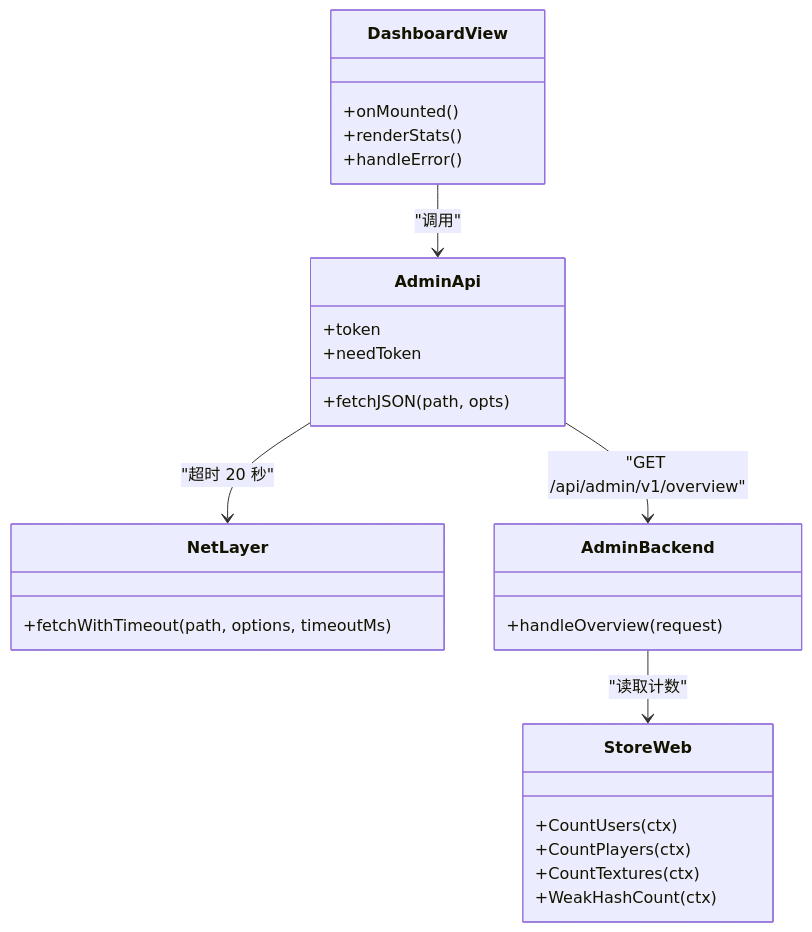
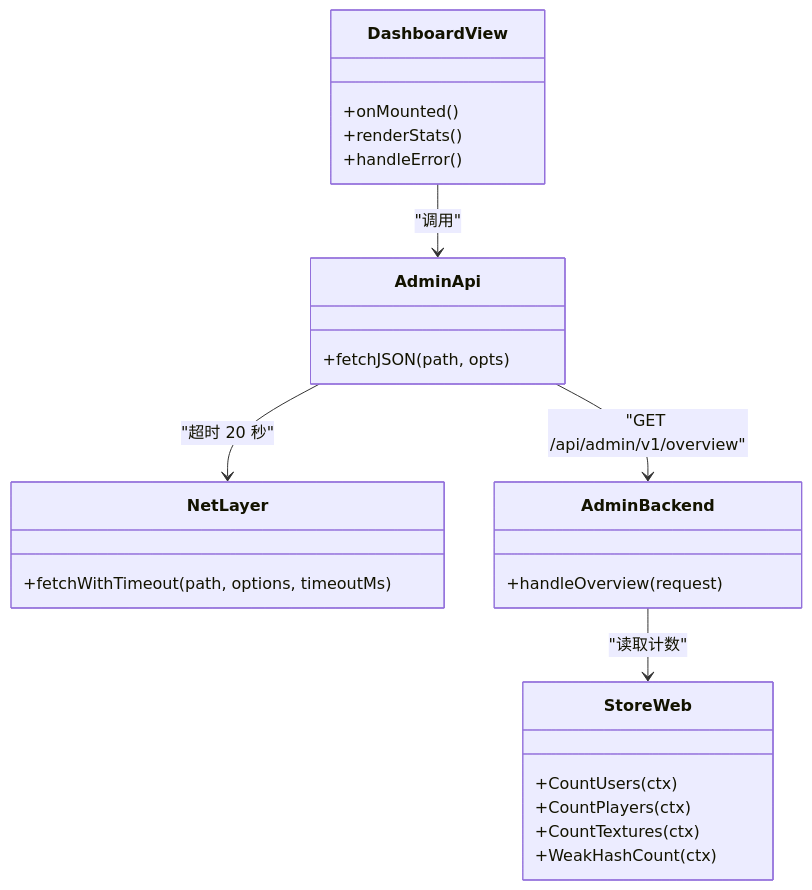
The fourth of 4 diagrams in docs/handbook/仪表盘.md (YimingZhanshen/skin-nexus), drawn with Mermaid before and after one commit. The commit also changed other lines of this file and 24 other files, not shown here.

````diff
--- a/docs/handbook/仪表盘.md
+++ b/docs/handbook/仪表盘.md
@@ -261,34 +263,32 @@
 ```mermaid
 classDiagram
     class DashboardView {
         +onMounted()
         +renderStats()
         +handleError()
     }
 
     class AdminApi {
         +fetchJSON(path, opts)
-        +token
-        +needToken
     }
 
     class NetLayer {
         +fetchWithTimeout(path, options, timeoutMs)
     }
 
     class AdminBackend {
         +handleOverview(request)
     }
 
     class StoreWeb {
         +CountUsers(ctx)
         +CountPlayers(ctx)
         +CountTextures(ctx)
         +WeakHashCount(ctx)
     }
 
     DashboardView --> AdminApi : "调用"
     AdminApi --> NetLayer : "超时 20 秒"
     AdminApi --> AdminBackend : "GET /api/admin/v1/overview"
     AdminBackend --> StoreWeb : "读取计数"
 ```
````
